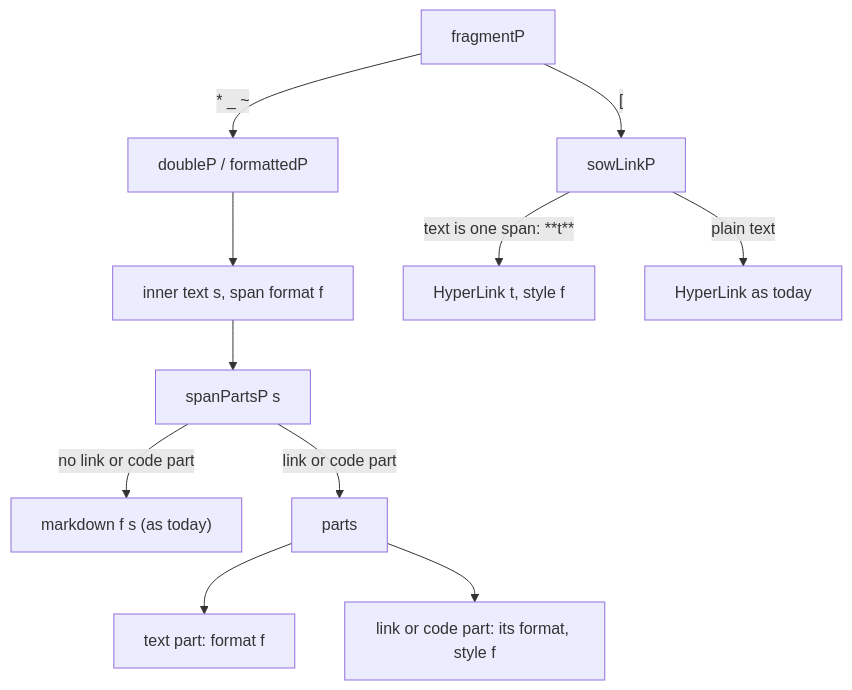
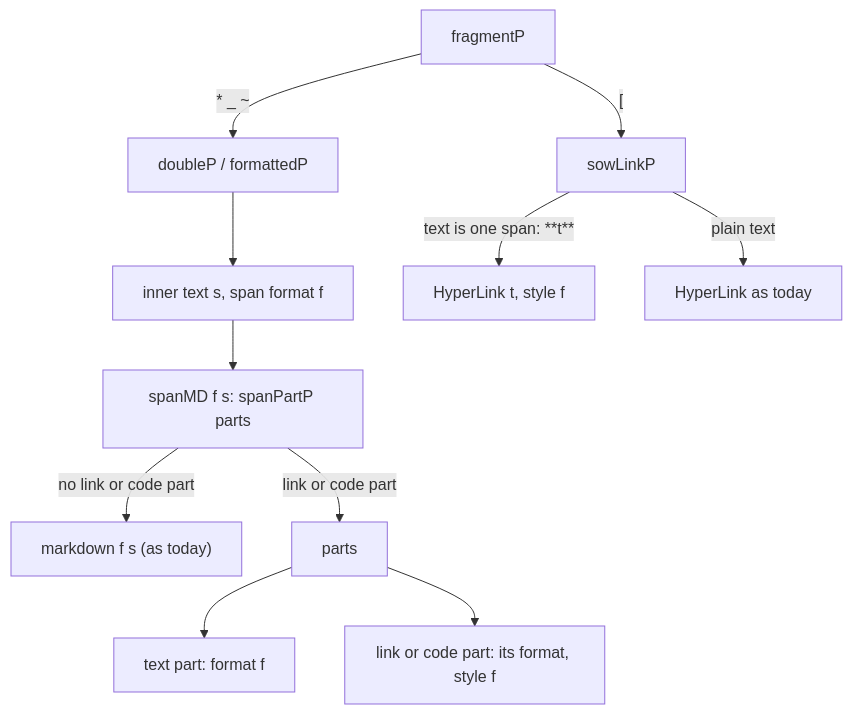
One commit to evgeny-simplex/simplex-chat changed the first of 2 diagrams in plans/2026-11-14-markdown-nested-links.md. Above: the diagram before and after it, drawn with Mermaid. The commit also changed other lines of this file and 18 other files, not shown here.

````diff
--- a/plans/2026-11-14-markdown-nested-links.md
+++ b/plans/2026-11-14-markdown-nested-links.md
@@ -82,13 +82,13 @@
 ```mermaid
 flowchart TD
   F[fragmentP] -->|"* _ ~"| S[doubleP / formattedP]
   S --> I[inner text s, span format f]
-  I --> P[spanPartsP s]
+  I --> P[spanMD f s: spanPartP parts]
   P -->|no link or code part| O1["markdown f s (as today)"]
   P -->|link or code part| O2[parts]
   O2 --> T1["text part: format f"]
   O2 --> T2["link or code part: its format, style f"]
   F -->|"["| L[sowLinkP]
   L -->|"text is one span: **t**"| L2["HyperLink t, style f"]
   L -->|plain text| L3[HyperLink as today]
 ```
````
